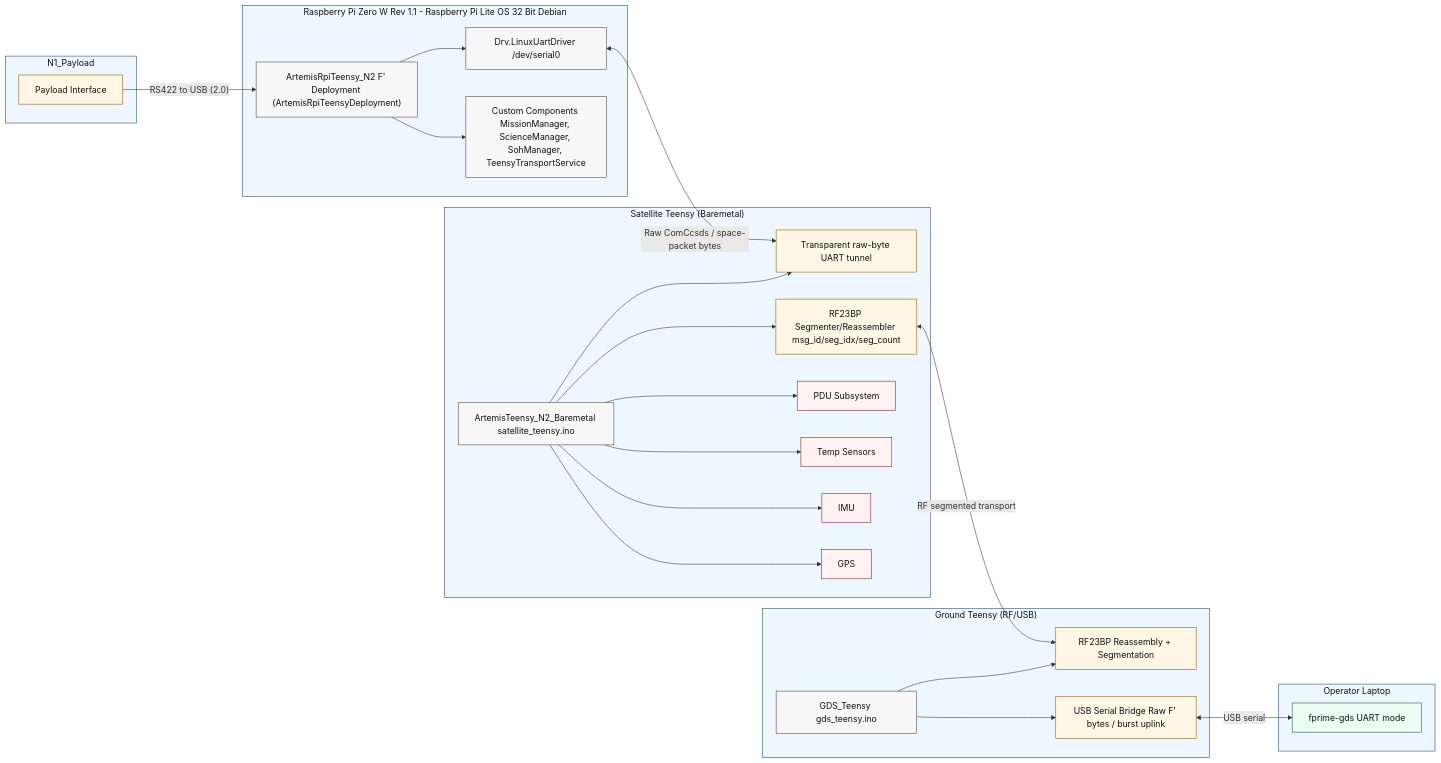
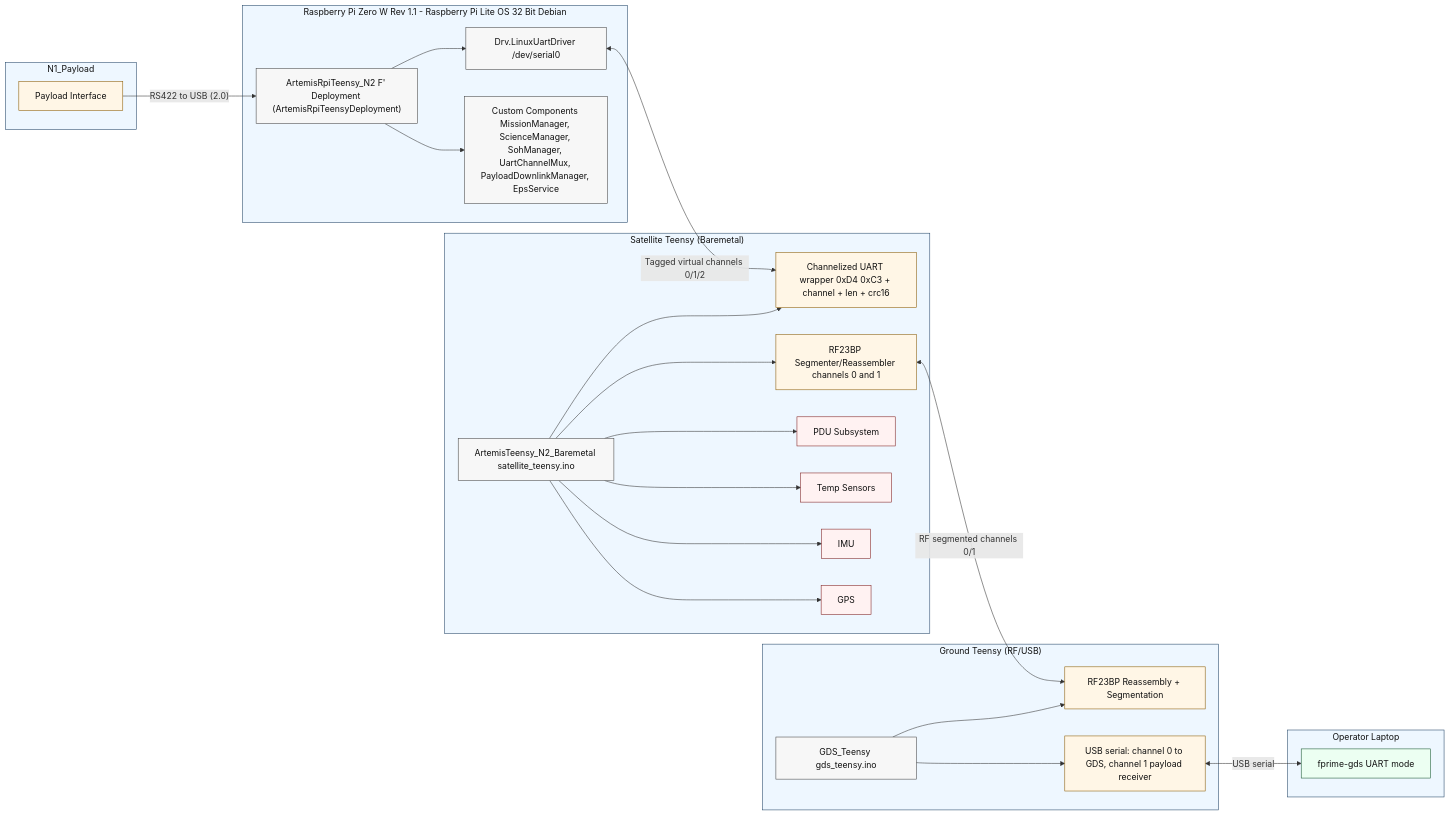
One commit to hsfl/fprime-artemis-cubesat changed the diagram in docs/flowchart LR.mmd. Above: the diagram before and after it, drawn with Mermaid. The commit also changed 5 other files, not shown here.

Commit message:
Document channelized demo and PDU flow

```diff
--- a/docs/flowchart LR.mmd
+++ b/docs/flowchart LR.mmd
@@ -1,59 +1,59 @@
 flowchart LR
   classDef host fill:#eef7ff,stroke:#246,stroke-width:1px,color:#111;
   classDef fw fill:#f7f7f7,stroke:#444,stroke-width:1px,color:#111;
   classDef link fill:#fff6e6,stroke:#8a5a00,stroke-width:1px,color:#111;
   classDef tool fill:#ecfff2,stroke:#14532d,stroke-width:1px,color:#111;
   classDef subsystem fill:#fff2f2,stroke:#7f1d1d,stroke-width:1px,color:#111;
 
   subgraph RPI["Raspberry Pi Zero W Rev 1.1 - Raspberry Pi Lite OS 32 Bit Debian"]
     %%need to research difference between freertos and ubuntu OS - one for demo and one for flight system architecture%%
     %% put out into components: EPS, COMMS, THERMAL, GPS, Teensy, Payload, ADCS,  Mission%%
     FSW["ArtemisRpiTeensy_N2 F' Deployment (ArtemisRpiTeensyDeployment)"]:::fw
     LINUXUART["Drv.LinuxUartDriver /dev/serial0"]:::fw
-    APP["Custom Components MissionManager, ScienceManager, SohManager, TeensyTransportService"]:::fw
+    APP["Custom Components MissionManager, ScienceManager, SohManager, UartChannelMux, PayloadDownlinkManager, EpsService"]:::fw
     FSW --> APP
     FSW --> LINUXUART
   end
   class RPI host;
 
   subgraph SAT["Satellite Teensy (Baremetal)"]
     SATFW["ArtemisTeensy_N2_Baremetal satellite_teensy.ino"]:::fw
-    SATUART["Transparent raw-byte UART tunnel"]:::link
-    SATRF["RF23BP Segmenter/Reassembler msg_id/seg_idx/seg_count"]:::link
+    SATUART["Channelized UART wrapper 0xD4 0xC3 + channel + len + crc16"]:::link
+    SATRF["RF23BP Segmenter/Reassembler channels 0 and 1"]:::link
     PDU["PDU Subsystem"]:::subsystem
     TEMP["Temp Sensors"]:::subsystem
     IMU["IMU"]:::subsystem
     GPS["GPS"]:::subsystem
     SATFW --> SATUART
     SATFW --> SATRF
     SATFW --> PDU
     SATFW --> TEMP
     SATFW --> IMU
     SATFW --> GPS
   end
   class SAT host;
 
   subgraph GRD["Ground Teensy (RF/USB)"]
     GRDFW["GDS_Teensy gds_teensy.ino"]:::fw
     GRDRF["RF23BP Reassembly + Segmentation"]:::link
-    GRDUSB["USB Serial Bridge Raw F' bytes / burst uplink"]:::link
+    GRDUSB["USB serial: channel 0 to GDS, channel 1 payload receiver"]:::link
     GRDFW --> GRDRF
     GRDFW --> GRDUSB
   end
   class GRD host;
 
   subgraph OPS["Operator Laptop"]
     GDS["fprime-gds UART mode"]:::tool
   end
   class OPS host;
 
   subgraph N1_PAYLOAD["N1_Payload"]
     N1USB["Payload Interface"]:::link
   end
   class N1_PAYLOAD host;
 
   N1USB -->|"RS422 to USB (2.0)"| FSW
 
-  LINUXUART <-->|"Raw ComCcsds / space-packet bytes"| SATUART
-  SATRF <-->|"RF segmented transport"| GRDRF
+  LINUXUART <-->|"Tagged virtual channels 0/1/2"| SATUART
+  SATRF <-->|"RF segmented channels 0/1"| GRDRF
   GRDUSB <-->|"USB serial"| GDS
```
